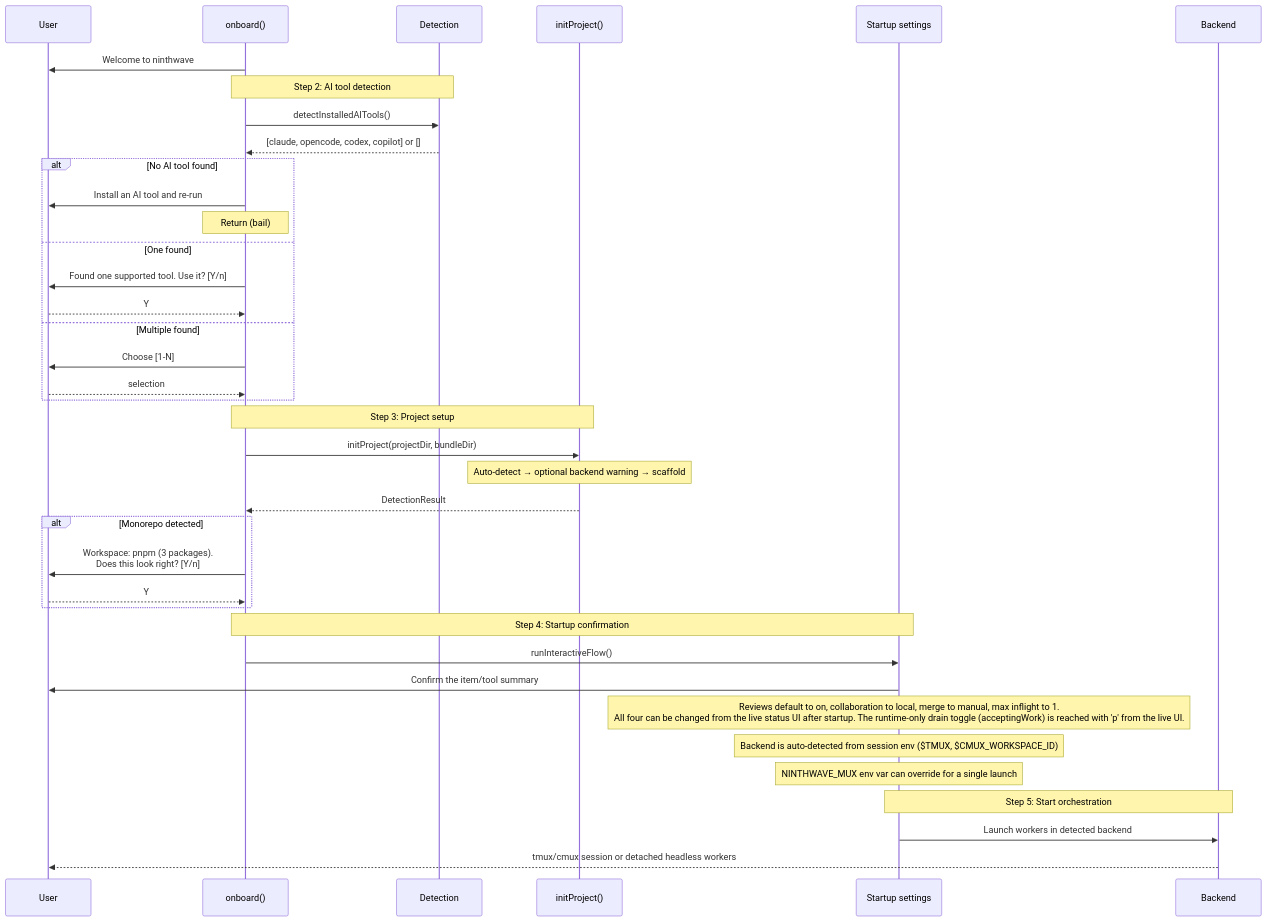
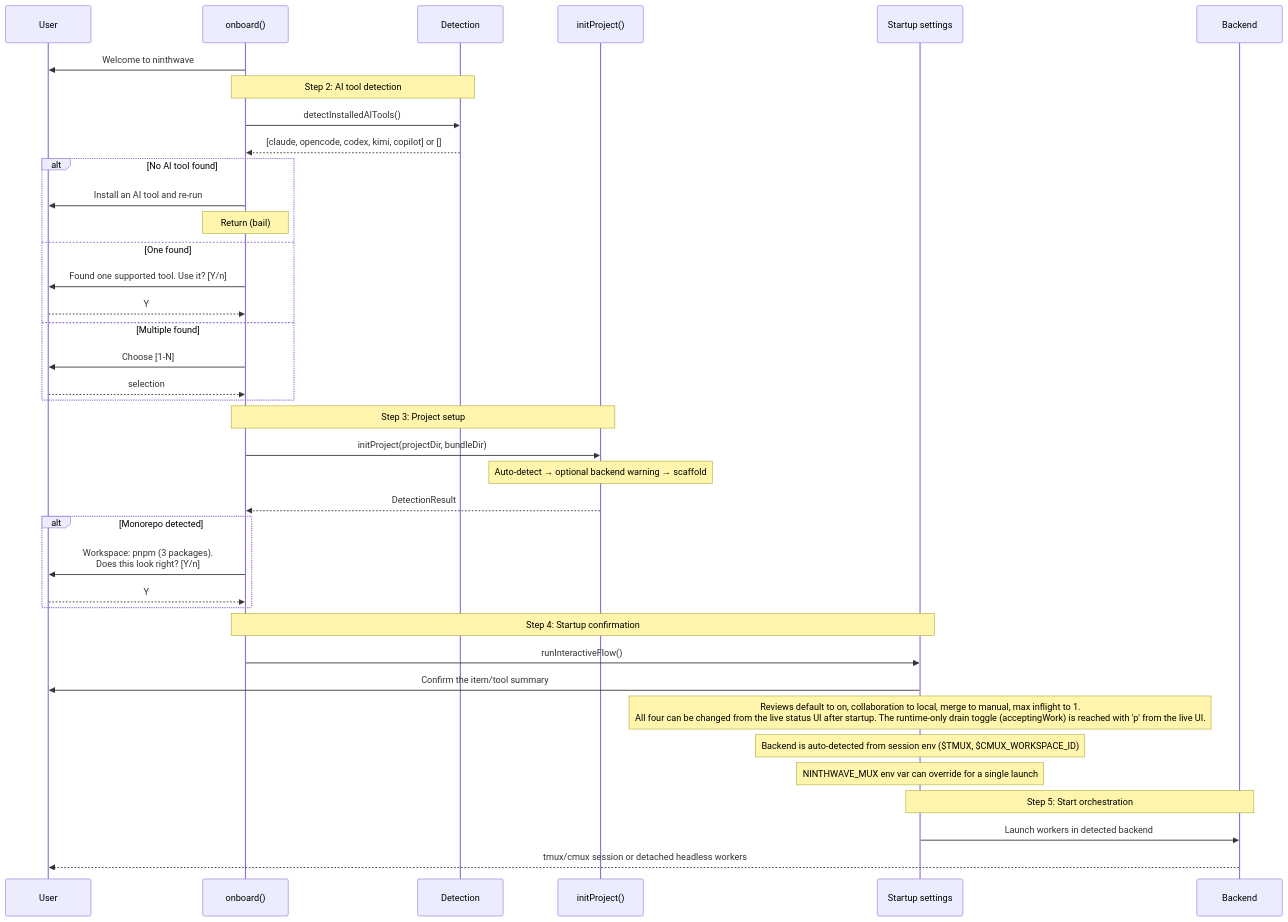
Before and after one commit to roblambell/ninthwave: the second of 4 diagrams in docs/onboarding.md, drawn with Mermaid. The commit also changed other lines of this file and 5 other files, not shown here.

````diff
--- a/docs/onboarding.md
+++ b/docs/onboarding.md
@@ -58,47 +58,47 @@
 ```mermaid
 sequenceDiagram
     participant U as User
     participant O as onboard()
     participant D as Detection
     participant I as initProject()
     participant S as Startup settings
     participant B as Backend
 
     O->>U: Welcome to ninthwave
 
     Note over O,D: Step 2: AI tool detection
     O->>D: detectInstalledAITools()
-    D-->>O: [claude, opencode, codex, copilot] or []
+    D-->>O: [claude, opencode, codex, kimi, copilot] or []
 
     alt No AI tool found
         O->>U: Install an AI tool and re-run
         Note over O: Return (bail)
     else One found
         O->>U: Found one supported tool. Use it? [Y/n]
         U-->>O: Y
     else Multiple found
         O->>U: Choose [1-N]
         U-->>O: selection
     end
 
     Note over O,I: Step 3: Project setup
     O->>I: initProject(projectDir, bundleDir)
     Note over I: Auto-detect → optional backend warning → scaffold
     I-->>O: DetectionResult
 
     alt Monorepo detected
         O->>U: Workspace: pnpm (3 packages).<br/>Does this look right? [Y/n]
         U-->>O: Y
     end
 
     Note over O,S: Step 4: Startup confirmation
     O->>S: runInteractiveFlow()
     S->>U: Confirm the item/tool summary
     Note over S: Reviews default to on, collaboration to local, merge to manual, max inflight to 1.<br/>All four can be changed from the live status UI after startup. The runtime-only drain toggle (acceptingWork) is reached with 'p' from the live UI.
     Note over S: Backend is auto-detected from session env ($TMUX, $CMUX_WORKSPACE_ID)
     Note over S: NINTHWAVE_MUX env var can override for a single launch
 
     Note over S,B: Step 5: Start orchestration
     S->>B: Launch workers in detected backend
     B-->>U: tmux/cmux session or detached headless workers
 ```
````
